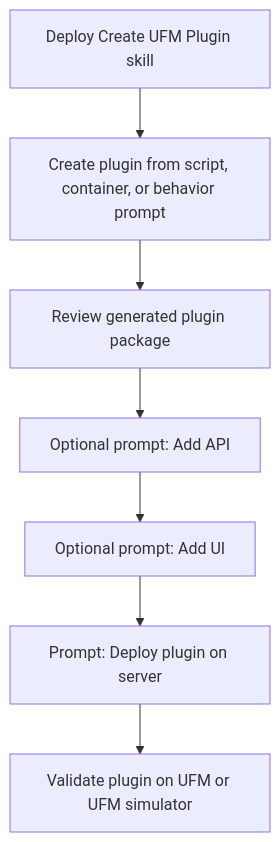
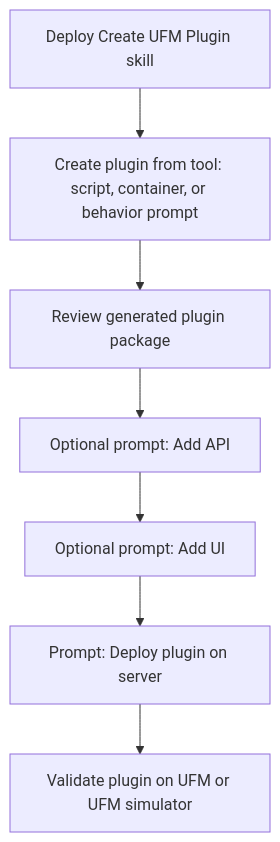
One commit to Mellanox/ufm_sdk_3.0 changed the diagram in ai_ufm_plugin_blog/blog/create-ufm-plugin-with-ai-skill-first.md. Above: the diagram before and after it, drawn with Mermaid. The commit also changed other lines of this file and 4 other files, not shown here.

Commit message:
Rename UFM plugin skill and add simulator skill

````diff
--- a/ai_ufm_plugin_blog/blog/create-ufm-plugin-with-ai-skill-first.md
+++ b/ai_ufm_plugin_blog/blog/create-ufm-plugin-with-ai-skill-first.md
@@ -105,9 +107,9 @@
 ```mermaid
 flowchart TD
-  A["Deploy Create UFM Plugin skill"] --> B["Create plugin from script, container, or behavior prompt"]
+  A["Deploy Create UFM Plugin skill"] --> B["Create plugin from tool: script, container, or behavior prompt"]
   B --> C["Review generated plugin package"]
   C --> D["Optional prompt: Add API"]
   D --> E["Optional prompt: Add UI"]
   E --> F["Prompt: Deploy plugin on server"]
   F --> G["Validate plugin on UFM or UFM simulator"]
 ```
````
